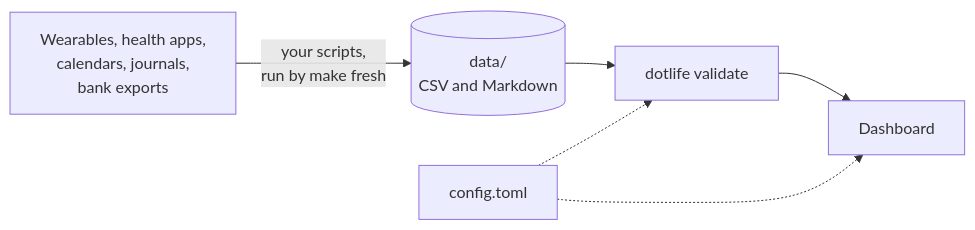
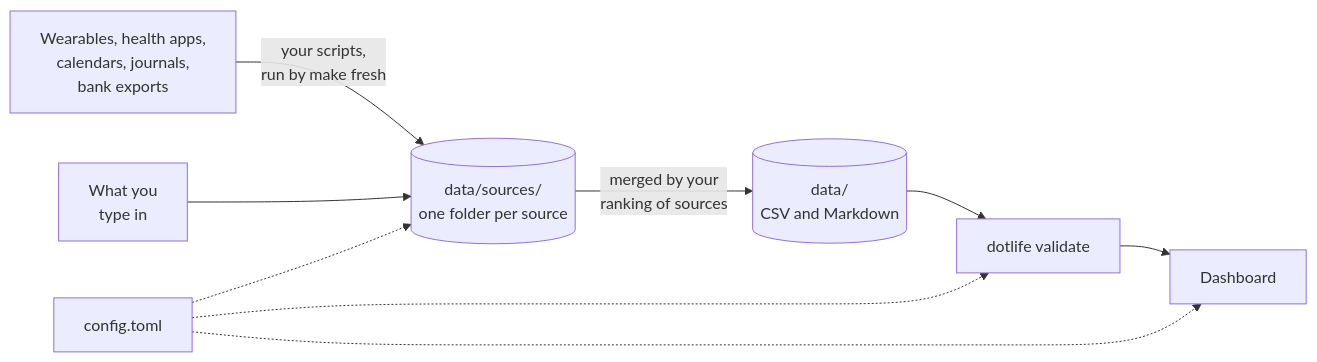
The diagram in README.md (flaviaouyang/dotlife), drawn with Mermaid before and after one commit. The commit also changed other lines of this file, not shown here.

````diff
--- a/README.md
+++ b/README.md
@@ -44,13 +45,17 @@
 ```mermaid
 flowchart LR
     sources["Wearables, health apps,<br>calendars, journals,<br>bank exports"]
+    staged[("data/sources/<br>one folder per source")]
     data[("data/<br>CSV and Markdown")]
     validate["dotlife validate"]
     dashboard["Dashboard"]
     config["config.toml"]
 
-    sources -- "your scripts,<br>run by make fresh" --> data
+    sources -- "your scripts,<br>run by make fresh" --> staged
+    hand["What you<br>type in"] --> staged
+    staged -- "merged by your<br>ranking of sources" --> data
     data --> validate --> dashboard
+    config -.-> staged
     config -.-> validate
     config -.-> dashboard
 ```
````
